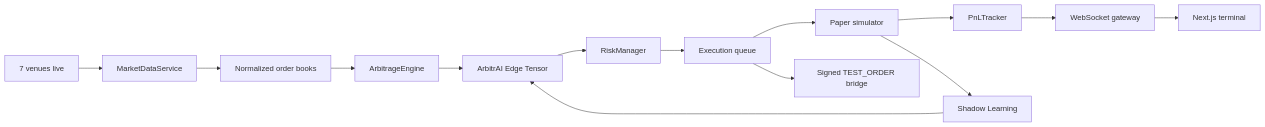
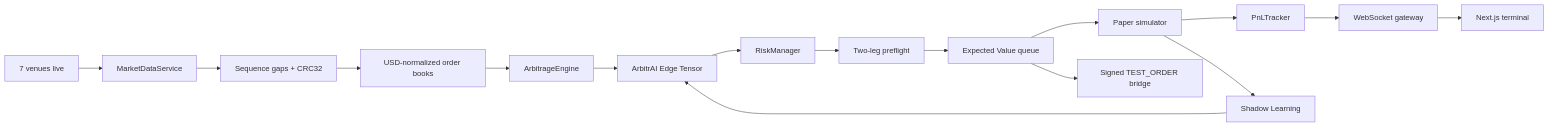
Before and after one commit to JoahanMorales/CODING_CHALLENGE_MEXICO: the diagram in README.md, drawn with Mermaid. The commit also changed other lines of this file and 31 other files, not shown here.

````diff
--- a/README.md
+++ b/README.md
@@ -73,16 +78,18 @@
 ```mermaid
 flowchart LR
     V["7 venues live"] --> M["MarketDataService"]
-    M --> N["Normalized order books"]
+    M --> I["Sequence gaps + CRC32"]
+    I --> N["USD-normalized order books"]
     N --> A["ArbitrageEngine"]
     A --> E["ArbitrAI Edge Tensor"]
     E --> R["RiskManager"]
-    R --> Q["Execution queue"]
+    R --> F["Two-leg preflight"]
+    F --> Q["Expected Value queue"]
     Q --> P["Paper simulator"]
     Q --> T["Signed TEST_ORDER bridge"]
     P --> L["PnLTracker"]
     P --> S["Shadow Learning"]
     S --> E
     L --> G["WebSocket gateway"]
     G --> U["Next.js terminal"]
 ```
````
